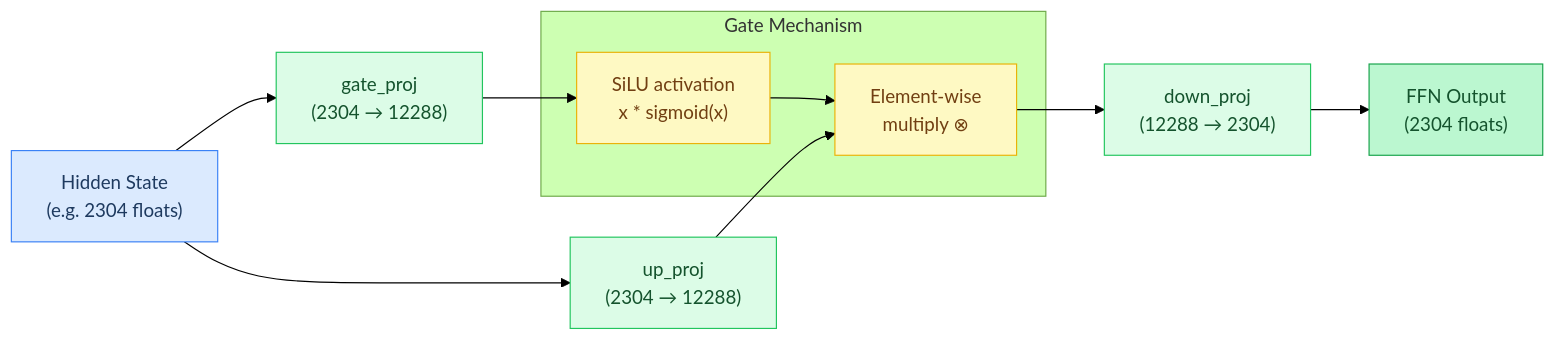
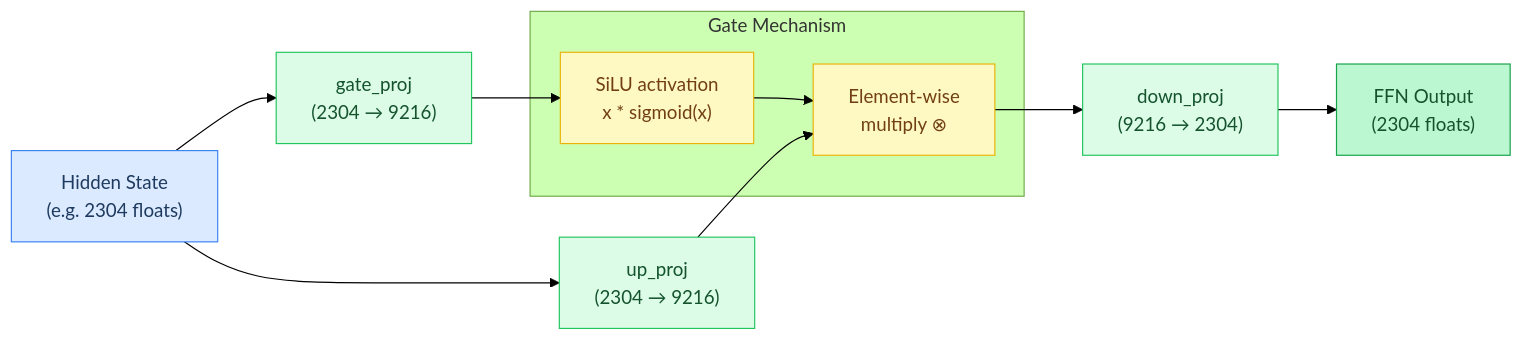
One commit to maci0/agave changed the first of 6 diagrams in docs/tutorial/03-feed-forward-networks.md. Above: the diagram before and after it, drawn with Mermaid (forest theme). The commit also changed other lines of this file and 28 other files, not shown here.

````diff
--- a/docs/tutorial/03-feed-forward-networks.md
+++ b/docs/tutorial/03-feed-forward-networks.md
@@ -21,30 +21,30 @@
 ```mermaid
 flowchart LR
     classDef setup     fill:#dbeafe,stroke:#3b82f6,color:#1e3a5f
     classDef sync      fill:#dcfce7,stroke:#22c55e,color:#14532d
     classDef migration fill:#fef9c3,stroke:#eab308,color:#713f12
     classDef success   fill:#bbf7d0,stroke:#16a34a,color:#14532d
     classDef danger    fill:#fee2e2,stroke:#ef4444,color:#7f1d1d
     classDef optional  fill:#f3e8ff,stroke:#9333ea,color:#581c87
 
     Input["Hidden State\n(e.g. 2304 floats)"]:::setup
-    Gate["gate_proj\n(2304 → 12288)"]:::sync
-    Up["up_proj\n(2304 → 12288)"]:::sync
+    Gate["gate_proj\n(2304 → 9216)"]:::sync
+    Up["up_proj\n(2304 → 9216)"]:::sync
     Act["SiLU activation\nx * sigmoid(x)"]:::migration
     Mul["Element-wise\nmultiply ⊗"]:::migration
-    Down["down_proj\n(12288 → 2304)"]:::sync
+    Down["down_proj\n(9216 → 2304)"]:::sync
     Output["FFN Output\n(2304 floats)"]:::success
 
     Input --> Gate
     Input --> Up
     Gate --> Act
     Act --> Mul
     Up --> Mul
     Mul --> Down
     Down --> Output
 
     subgraph Gate Mechanism
         Act
         Mul
     end
 ```
````
